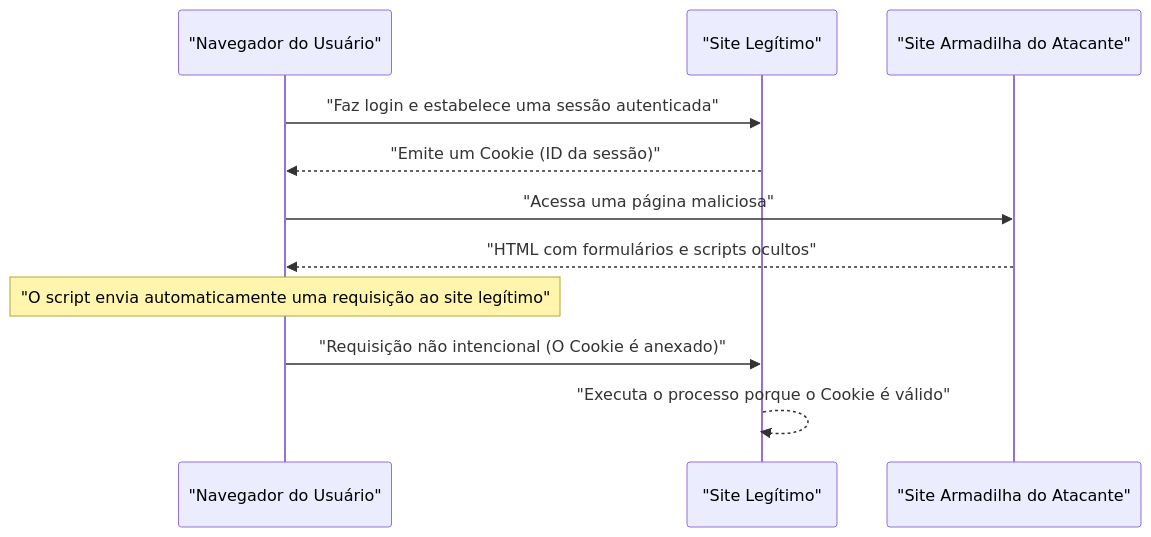
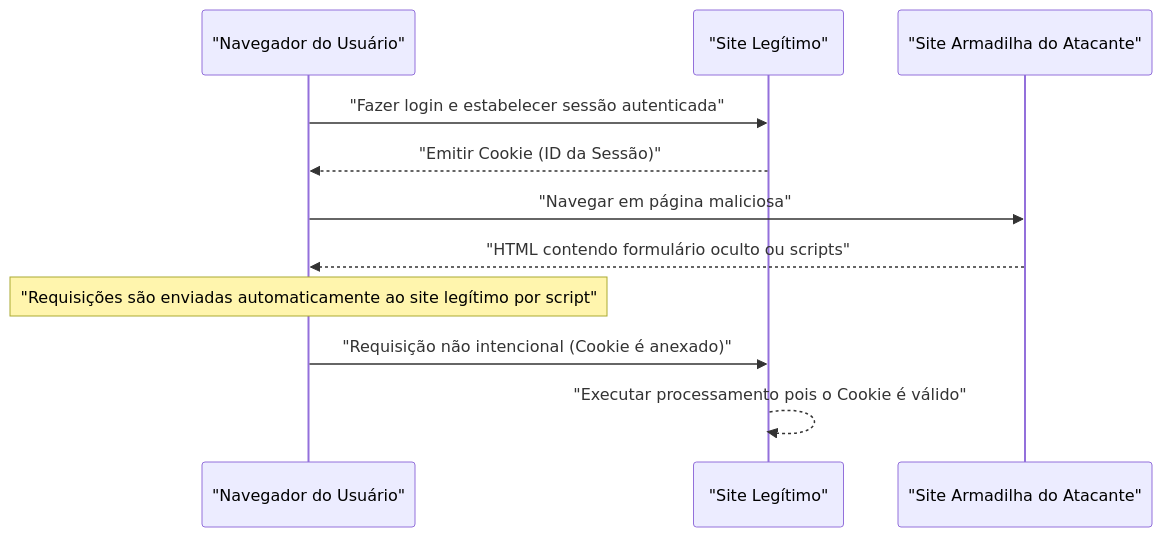
Before and after one commit to kenjinote/blog: the second of 2 diagrams in content/post/web-application-vulnerability-owasp-top-10/index.pt.md, drawn with Mermaid. The commit also changed other lines of this file and 12 other files, not shown here.

````diff
--- a/content/post/web-application-vulnerability-owasp-top-10/index.pt.md
+++ b/content/post/web-application-vulnerability-owasp-top-10/index.pt.md
@@ -232,16 +232,16 @@
 ```mermaid
 sequenceDiagram
     participant "Navegador do Usuário"
     participant "Site Legítimo"
     participant "Site Armadilha do Atacante"
 
-    "Navegador do Usuário"->>"Site Legítimo": "Faz login e estabelece uma sessão autenticada"
-    "Site Legítimo"-->>"Navegador do Usuário": "Emite um Cookie (ID da sessão)"
+    "Navegador do Usuário"->>"Site Legítimo": "Fazer login e estabelecer sessão autenticada"
+    "Site Legítimo"-->>"Navegador do Usuário": "Emitir Cookie (ID da Sessão)"
     
-    "Navegador do Usuário"->>"Site Armadilha do Atacante": "Acessa uma página maliciosa"
-    "Site Armadilha do Atacante"-->>"Navegador do Usuário": "HTML com formulários e scripts ocultos"
+    "Navegador do Usuário"->>"Site Armadilha do Atacante": "Navegar em página maliciosa"
+    "Site Armadilha do Atacante"-->>"Navegador do Usuário": "HTML contendo formulário oculto ou scripts"
     
-    Note over "Navegador do Usuário": "O script envia automaticamente uma requisição ao site legítimo"
-    "Navegador do Usuário"->>"Site Legítimo": "Requisição não intencional (O Cookie é anexado)"
-    "Site Legítimo"-->>"Site Legítimo": "Executa o processo porque o Cookie é válido"
+    Note over "Navegador do Usuário": "Requisições são enviadas automaticamente ao site legítimo por script"
+    "Navegador do Usuário"->>"Site Legítimo": "Requisição não intencional (Cookie é anexado)"
+    "Site Legítimo"-->>"Site Legítimo": "Executar processamento pois o Cookie é válido"
 ```
````
